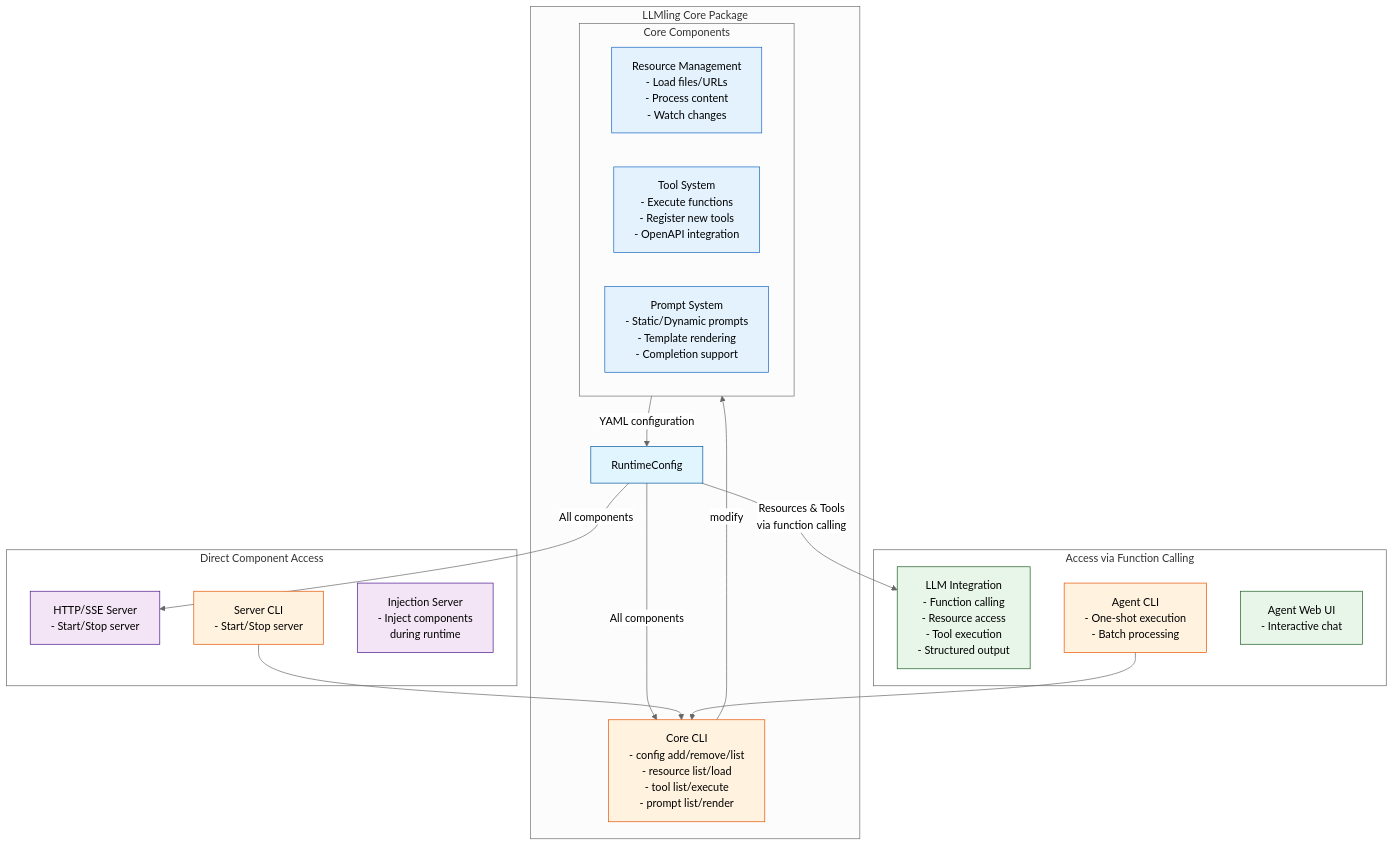
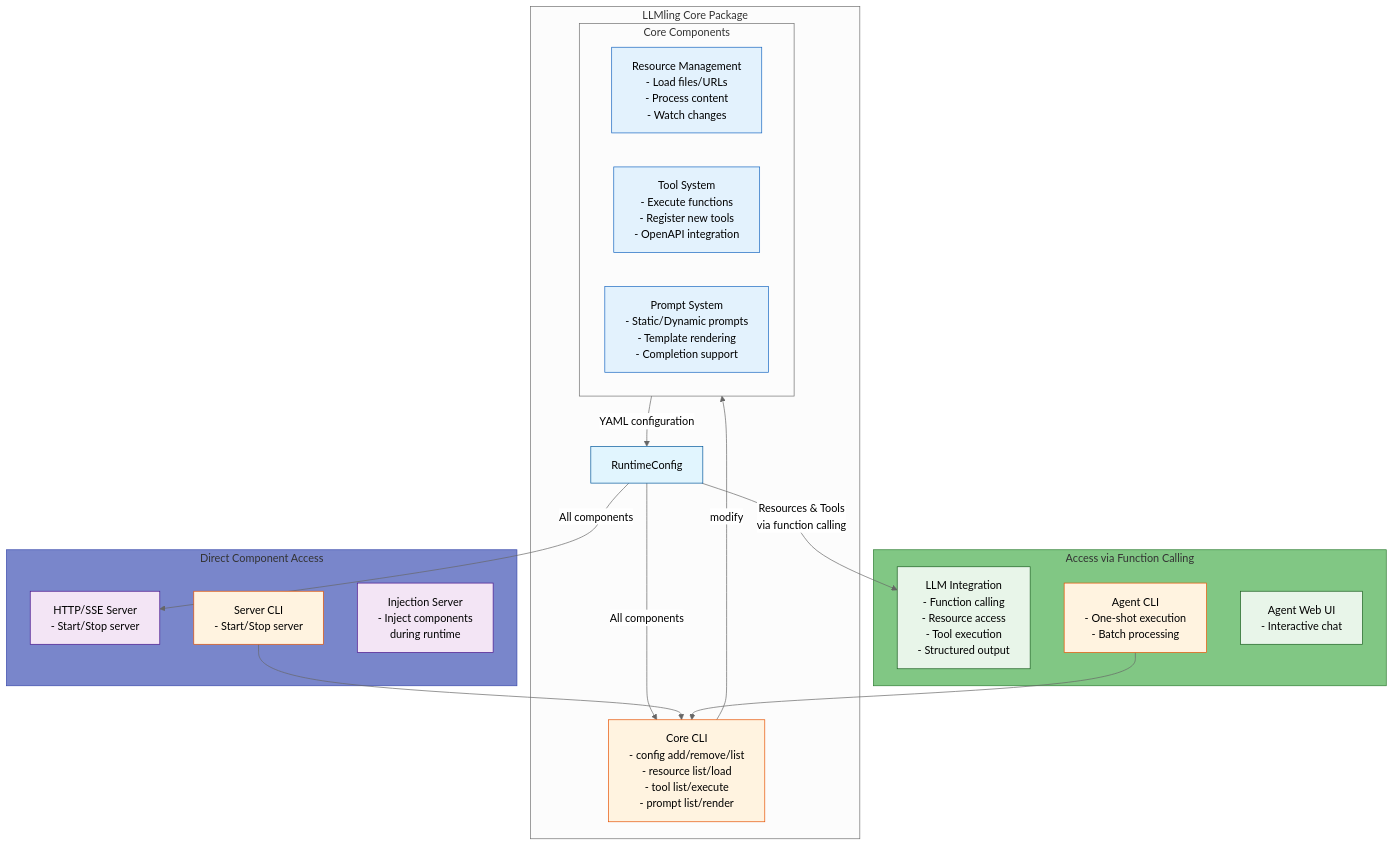
The diagram in README.md (phil65/LLMling), drawn with Mermaid (neutral theme) before and after one commit.

Commit message:
chore: moremaid

````diff
--- a/README.md
+++ b/README.md
@@ -53,49 +53,52 @@
 ```mermaid
 graph TB
     subgraph LLMling[LLMling Core Package]
         RT[RuntimeConfig]
 
         subgraph Core_Components[Core Components]
             Resources[Resource Management<br/>- Load files/URLs<br/>- Process content<br/>- Watch changes]
             Tools[Tool System<br/>- Execute functions<br/>- Register new tools<br/>- OpenAPI integration]
             Prompts[Prompt System<br/>- Static/Dynamic prompts<br/>- Template rendering<br/>- Completion support]
         end
 
         CLI[Core CLI<br/>- config add/remove/list<br/>- resource list/load<br/>- tool list/execute<br/>- prompt list/render]
 
         Core_Components -->|YAML configuration| RT
         RT -->|All components| CLI
         CLI -->|modify| Core_Components
     end
 
     subgraph Direct_Access[Direct Component Access]
         MCP[HTTP/SSE Server<br/>- Start/Stop server]
         MCP_CLI[Server CLI<br/>- Start/Stop server]
         Injection[Injection Server<br/>- Inject components<br/>during runtime]
     end
 
     subgraph Function_Access[Access via Function Calling]
         LLM[LLM Integration<br/>- Function calling<br/>- Resource access<br/>- Tool execution<br/>- Structured output]
         Agent_CLI[Agent CLI<br/>- One-shot execution<br/>- Batch processing]
         Agent_Web[Agent Web UI<br/>- Interactive chat]
     end
 
     RT -->|All components| MCP
     RT -->|Resources & Tools<br/>via function calling| LLM
     MCP_CLI --> CLI
     Agent_CLI --> CLI
 
     classDef core fill:#e1f5fe,stroke:#01579b
     classDef comp fill:#e3f2fd,stroke:#1565c0
     classDef cli fill:#fff3e0,stroke:#e65100
     classDef mcp fill:#f3e5f5,stroke:#4a148c
     classDef agent fill:#e8f5e9,stroke:#1b5e20
-    classDef access fill:#fff,stroke:#666
+    classDef access fill:#e8eaf6,stroke:#666
+    classDef serverBox fill:#7986cb,stroke:#3949ab
+    classDef agentBox fill:#81c784,stroke:#2e7d32
 
     class RT core
     class Resources,Tools,Prompts comp
     class CLI,MCP_CLI,Agent_CLI cli
     class MCP,Injection mcp
     class LLM,Agent_Web agent
-    class Direct_Access,Function_Access access
+    class Direct_Access serverBox
+    class Function_Access agentBox
 ```
````
